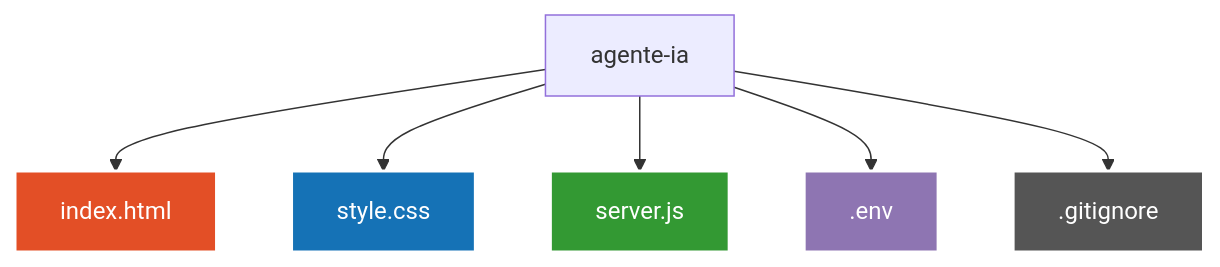
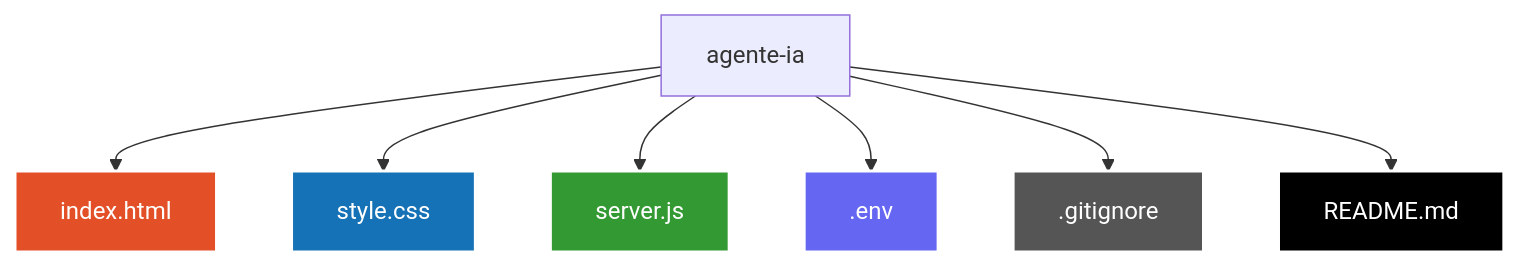
The diagram in README.md (AliceSilva2012/agente-ia), drawn with Mermaid before and after one commit. The commit also changed other lines of this file, not shown here.

````diff
--- a/README.md
+++ b/README.md
@@ -89,14 +89,16 @@
 ```mermaid
 graph TD
     A[agente-ia] --> B[index.html]
     A --> C[style.css]
     A --> D[server.js]
     A --> E[.env]
     A --> F[.gitignore]
+    A --> G[README.md]
 
     style B fill:#e34f26,stroke:#fff,stroke-width:2px,color:#fff
     style C fill:#1572b6,stroke:#fff,stroke-width:2px,color:#fff
     style D fill:#339933,stroke:#fff,stroke-width:2px,color:#fff
-    style E fill:#8e75b2,stroke:#fff,stroke-width:2px,color:#fff
+    style E fill:#6566f1,stroke:#fff,stroke-width:2px,color:#fff
     style F fill:#555,stroke:#fff,stroke-width:2px,color:#fff
+    style G fill:#000,stroke:#fff,stroke-width:2px,color:#fff
 ```
````
